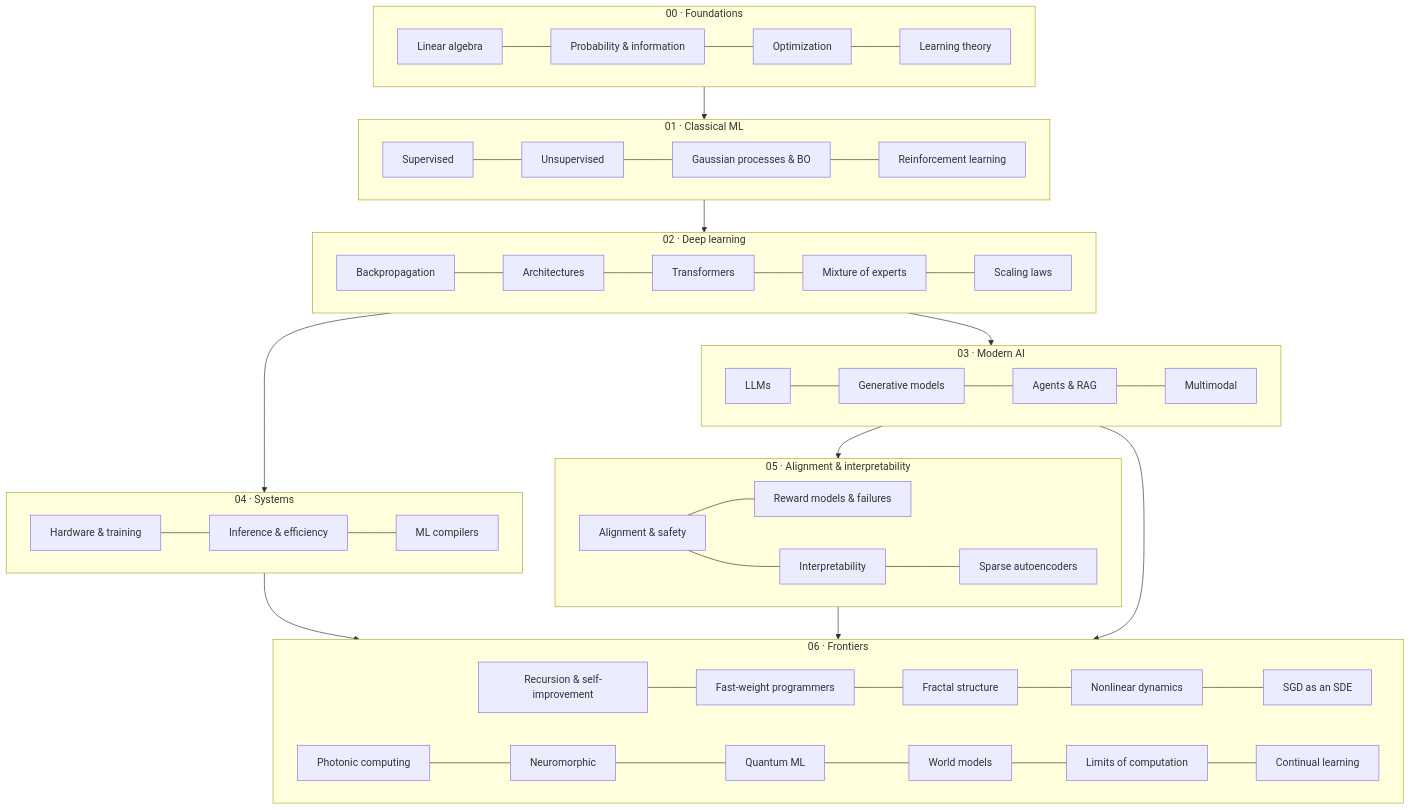
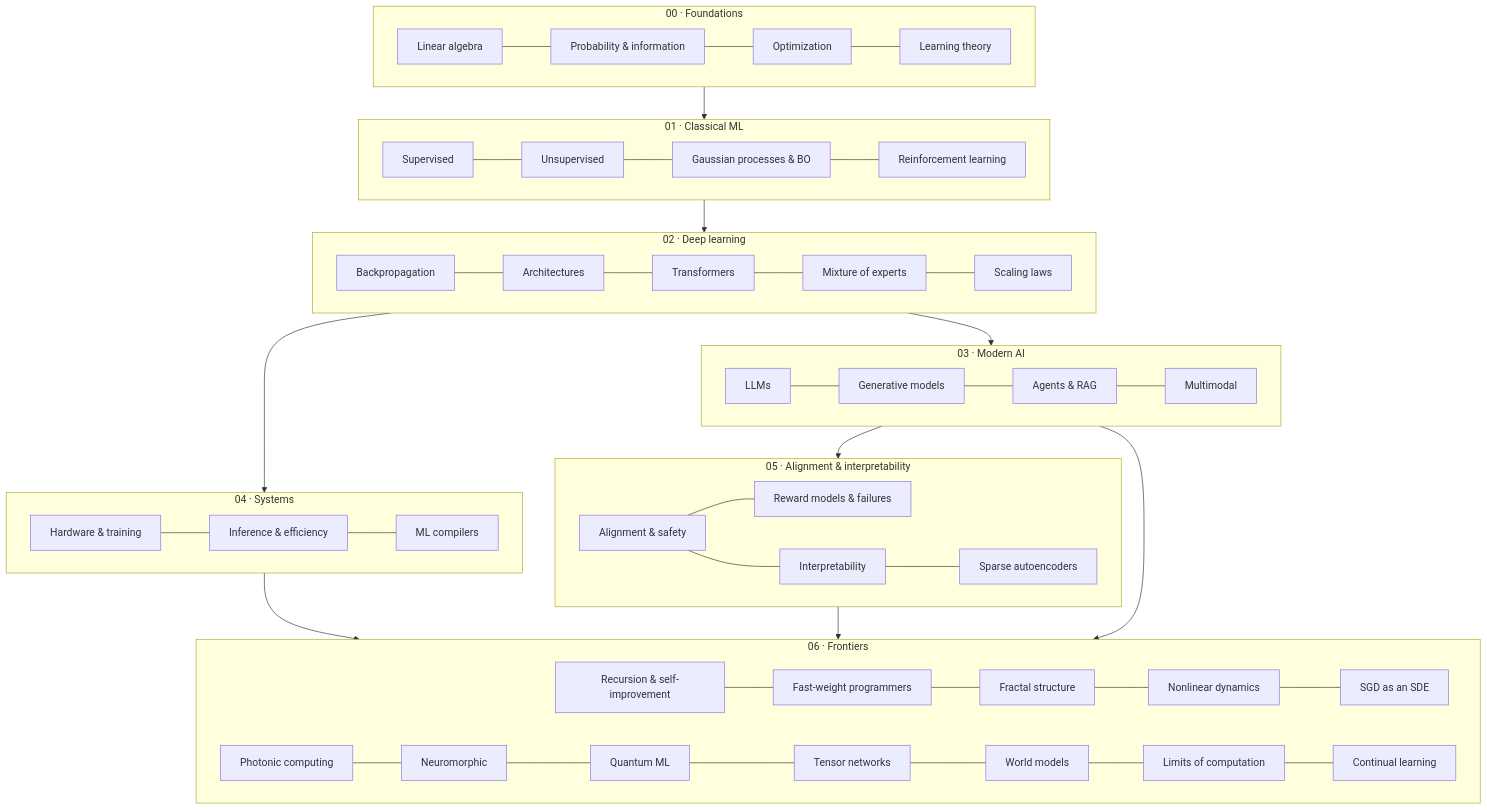
The diagram in README.md (marcpoliquin5/understanding-ai), drawn with Mermaid before and after one commit. The commit also changed other lines of this file and 6 other files, not shown here.

Commit message:
Add Tensor networks as machine learning models page (Frontiers) with 41 new checked references

````diff
--- a/README.md
+++ b/README.md
@@ -30,32 +30,32 @@
 ```mermaid
 flowchart TB
     subgraph F[00 · Foundations]
         F1[Linear algebra] --- F2[Probability & information] --- F3[Optimization] --- F4[Learning theory]
     end
     subgraph C[01 · Classical ML]
         C1[Supervised] --- C2[Unsupervised] --- C4[Gaussian processes & BO] --- C3[Reinforcement learning]
     end
     subgraph D[02 · Deep learning]
         D1[Backpropagation] --- D2[Architectures] --- D3[Transformers] --- D5[Mixture of experts] --- D4[Scaling laws]
     end
     subgraph M[03 · Modern AI]
         M1[LLMs] --- M2[Generative models] --- M3[Agents & RAG] --- M4[Multimodal]
     end
     subgraph S[04 · Systems]
         S1[Hardware & training] --- S2[Inference & efficiency] --- S3[ML compilers]
     end
     subgraph A[05 · Alignment & interpretability]
         A1[Alignment & safety] --- A3[Reward models & failures]
         A1 --- A2[Interpretability] --- A4[Sparse autoencoders]
     end
     subgraph X[06 · Frontiers]
         X1[Recursion & self-improvement] --- X1b[Fast-weight programmers] --- X2[Fractal structure] --- X3[Nonlinear dynamics] --- X3b[SGD as an SDE]
-        X4[Photonic computing] --- X5[Neuromorphic] --- X6[Quantum ML] --- X7[World models] --- X8[Limits of computation] --- X9[Continual learning]
+        X4[Photonic computing] --- X5[Neuromorphic] --- X6[Quantum ML] --- X6b[Tensor networks] --- X7[World models] --- X8[Limits of computation] --- X9[Continual learning]
     end
     F --> C --> D --> M
     D --> S
     M --> A
     S --> X
     A --> X
     M --> X
 ```
````
